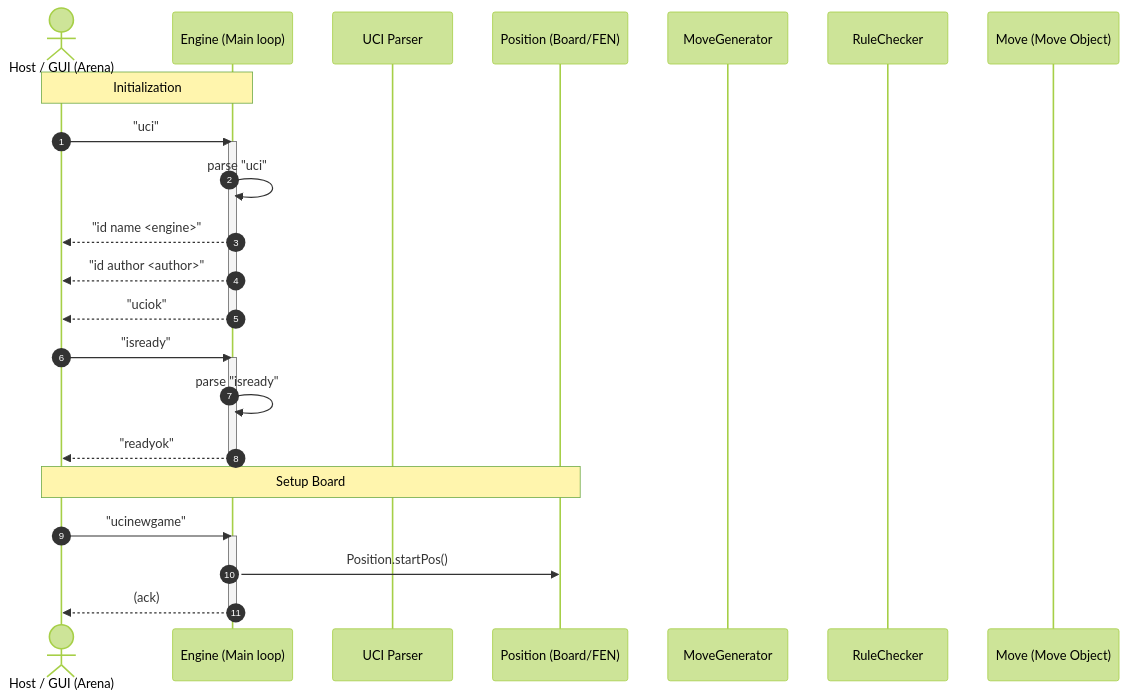
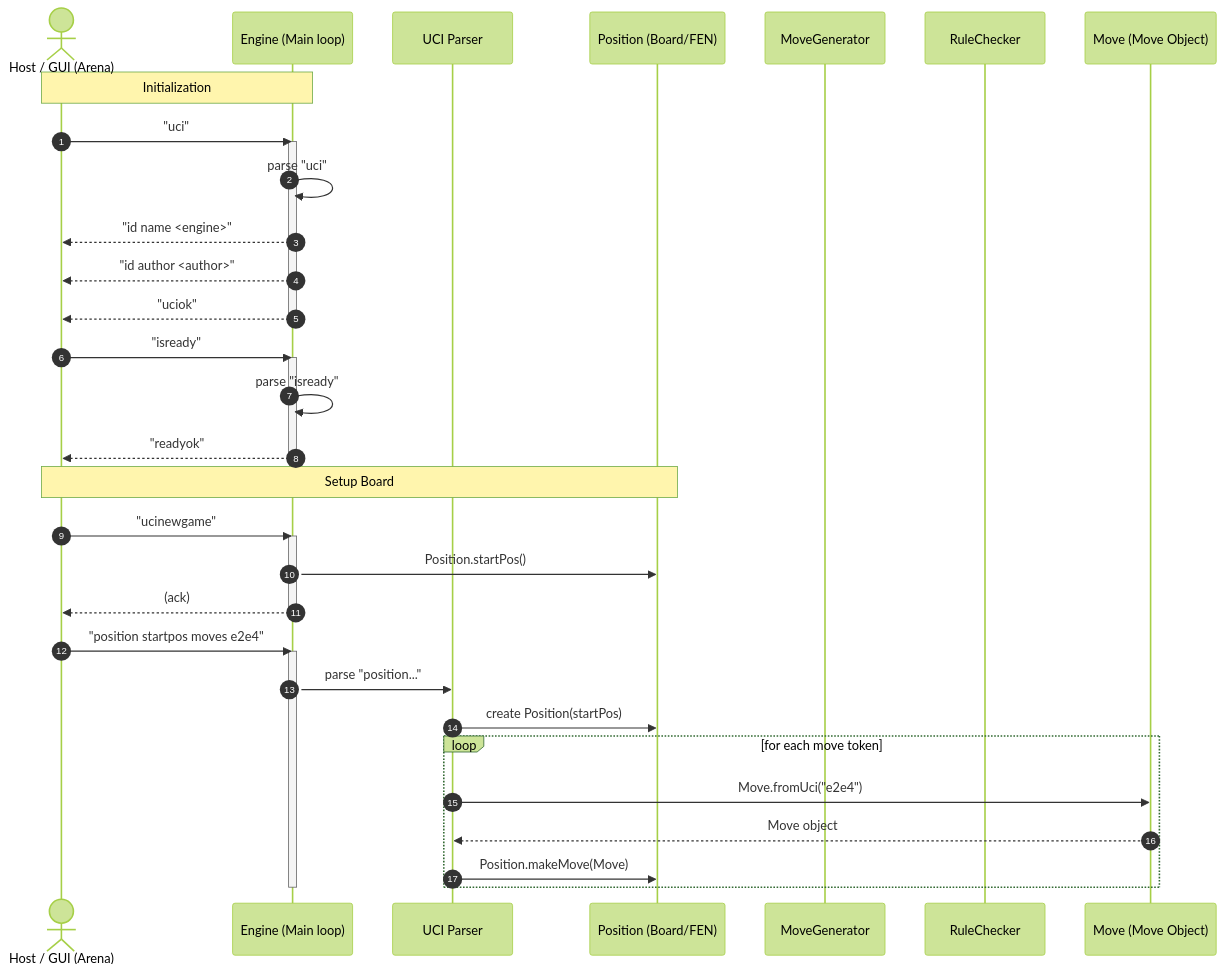
Before and after one commit to mnavarrete347/ChessGPT4: the diagram in sequenceDiagram.md, drawn with Mermaid (forest theme).

Commit message:
Add sequence diagram for engine and parser interactions

````diff
--- a/sequenceDiagram.md
+++ b/sequenceDiagram.md
@@ -1,39 +1,51 @@
 ```mermaid
 
 sequenceDiagram
     autonumber
     
     %% Define Actors and Participants
     actor Host as Host / GUI (Arena)
     participant Engine as Engine (Main loop)
     participant Parser as UCI Parser
     participant Position as Position (Board/FEN)
     participant MoveGen as MoveGenerator
     participant Rule as RuleChecker
     participant MoveObj as Move (Move Object)
 
     %% Initialization Phase
     Note over Host, Engine: Initialization
     Host ->> Engine: "uci"
     activate Engine
     Engine ->> Engine: parse "uci"
     Engine -->> Host: "id name <engine>"
     Engine -->> Host: "id author <author>"
     Engine -->> Host: "uciok"
     deactivate Engine
 
     Host ->> Engine: "isready"
     activate Engine
     Engine ->> Engine: parse "isready"
     Engine -->> Host: "readyok"
     deactivate Engine
 
     %% New Game and Position Setup
     Note over Host, Position: Setup Board
     Host ->> Engine: "ucinewgame"
     activate Engine
     Engine ->> Position: Position.startPos()
     Engine -->> Host: (ack)
     deactivate Engine
+
+    Host ->> Engine: "position startpos moves e2e4"
+    activate Engine
+    Engine ->> Parser: parse "position..."
+    Parser ->> Position: create Position(startPos)
+    
+    loop for each move token
+        Parser ->> MoveObj: Move.fromUci("e2e4")
+        MoveObj -->> Parser: Move object
+        Parser ->> Position: Position.makeMove(Move)
+    end
+    deactivate Engine
      
 ```
````
